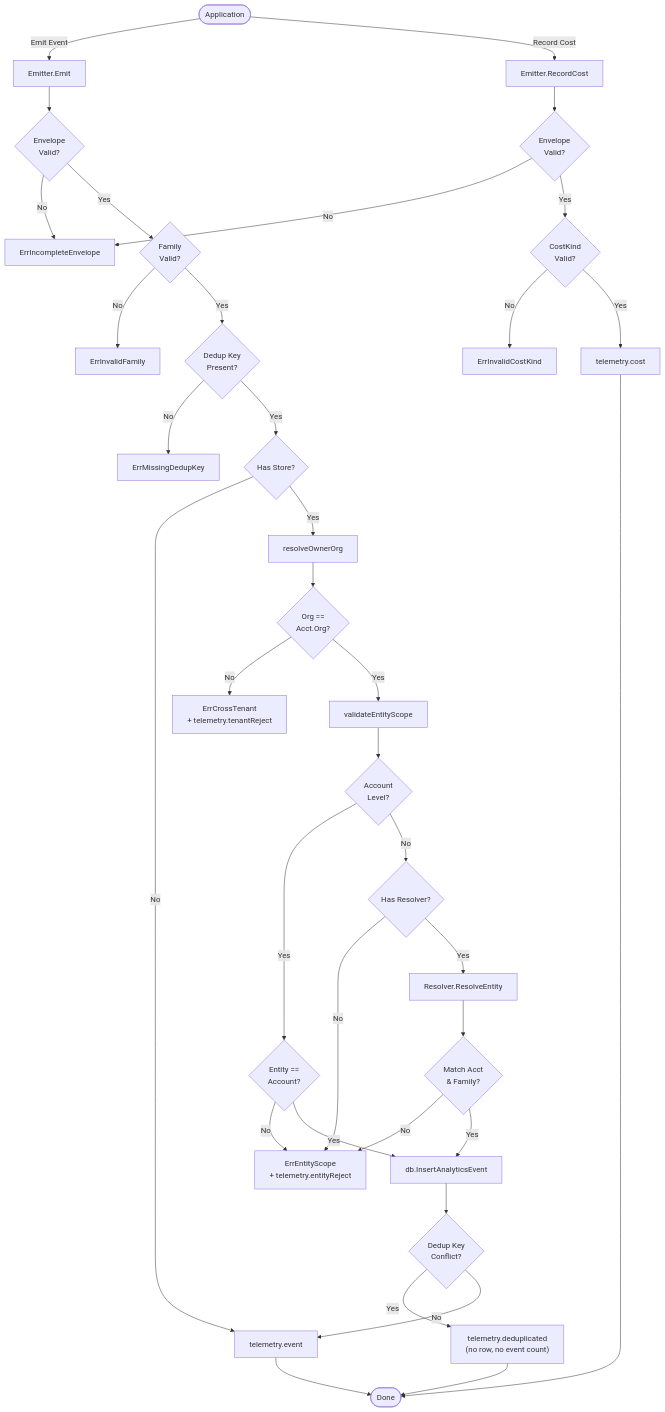
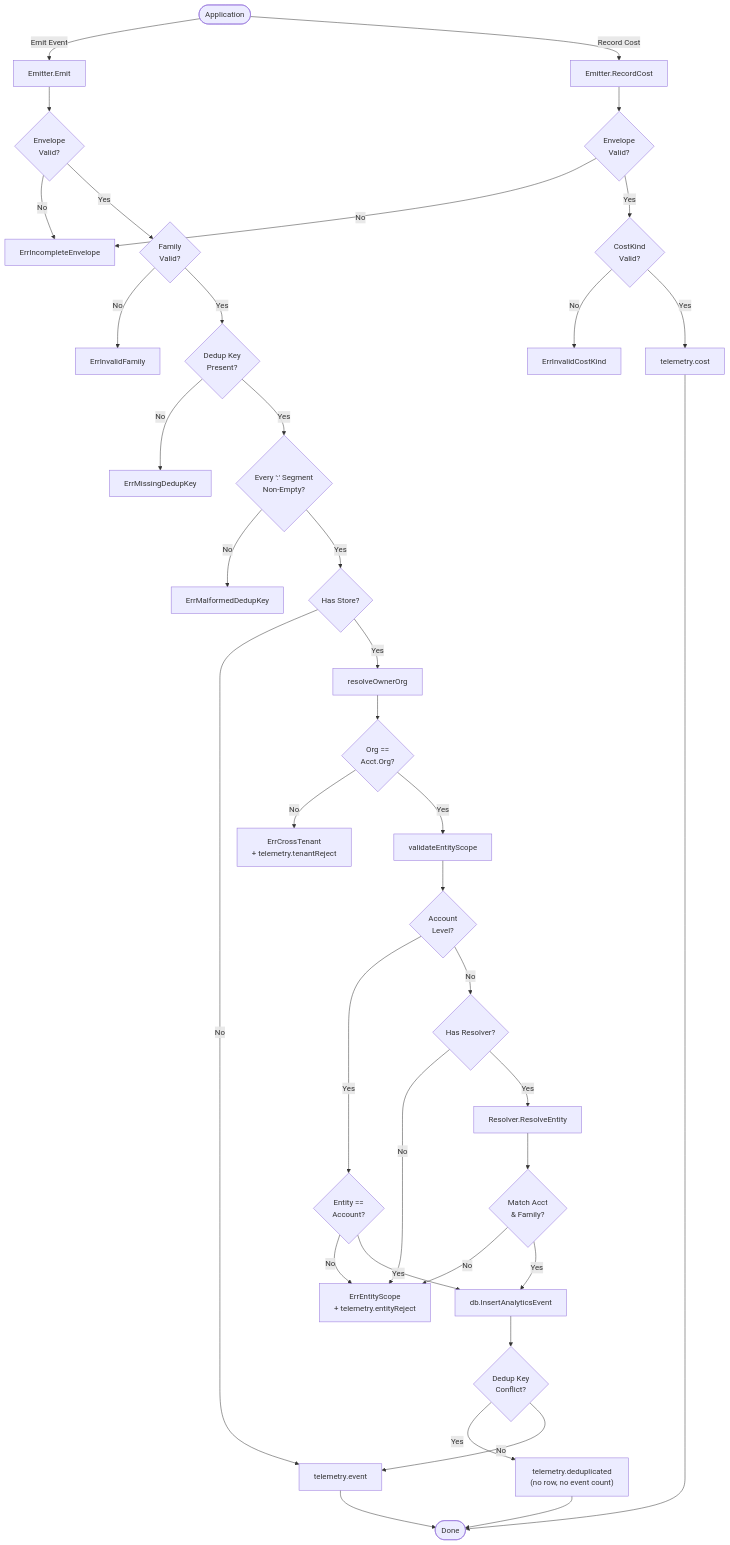
One commit to mhosseinab/market-ops changed the diagram in services/core/internal/analytics/README.md. Above: the diagram before and after it, drawn with Mermaid. The commit also changed other lines of this file and 5 other files, not shown here.

First line of the commit message:
fix(core): reject malformed dedup keys, guard digest wiring and resolver failure metric (issue #111)

````diff
--- a/services/core/internal/analytics/README.md
+++ b/services/core/internal/analytics/README.md
@@ -45,45 +47,47 @@
 ```mermaid
 flowchart TD
     App([Application]) -->|Emit Event| Emit[Emitter.Emit]
     App -->|Record Cost| RecordCost[Emitter.RecordCost]
 
     Emit --> ValEnv1{"Envelope<br/>Valid?"}
     ValEnv1 -->|No| ErrEnv[ErrIncompleteEnvelope]
     ValEnv1 -->|Yes| ValFam{"Family<br/>Valid?"}
     ValFam -->|No| ErrFam[ErrInvalidFamily]
     ValFam -->|Yes| ValKey{"Dedup Key<br/>Present?"}
     ValKey -->|No| ErrKey[ErrMissingDedupKey]
-    ValKey -->|Yes| Store{"Has Store?"}
+    ValKey -->|Yes| ValSeg{"Every ':' Segment<br/>Non-Empty?"}
+    ValSeg -->|No| ErrSeg[ErrMalformedDedupKey]
+    ValSeg -->|Yes| Store{"Has Store?"}
     
     Store -->|No| OTel[telemetry.event]
     Store -->|Yes| ResolveOrg[resolveOwnerOrg]
     
     ResolveOrg --> CheckOrg{"Org == <br/>Acct.Org?"}
     CheckOrg -->|No| ErrCross["ErrCrossTenant<br/>+ telemetry.tenantReject"]
     CheckOrg -->|Yes| ValEntity[validateEntityScope]
     
     ValEntity --> IsAcctLevel{"Account<br/>Level?"}
     IsAcctLevel -->|Yes| AcctMatch{"Entity ==<br/>Account?"}
     AcctMatch -->|No| ErrScope["ErrEntityScope<br/>+ telemetry.entityReject"]
     AcctMatch -->|Yes| Insert[db.InsertAnalyticsEvent]
     
     IsAcctLevel -->|No| HasRes{"Has Resolver?"}
     HasRes -->|No| ErrScope
     HasRes -->|Yes| ResEnt[Resolver.ResolveEntity]
     ResEnt --> CheckScope{"Match Acct<br/>& Family?"}
     CheckScope -->|No| ErrScope
     CheckScope -->|Yes| Insert
     
     Insert --> Conflict{"Dedup Key<br/>Conflict?"}
     Conflict -->|Yes| Dedup["telemetry.deduplicated<br/>(no row, no event count)"]
     Conflict -->|No| OTel
     Dedup --> Done([Done])
     OTel --> Done
     
     RecordCost --> ValEnv2{"Envelope<br/>Valid?"}
     ValEnv2 -->|No| ErrEnv
     ValEnv2 -->|Yes| ValKind{"CostKind<br/>Valid?"}
     ValKind -->|No| ErrKind[ErrInvalidCostKind]
     ValKind -->|Yes| OTelCost[telemetry.cost]
     OTelCost --> Done
 ```
````
